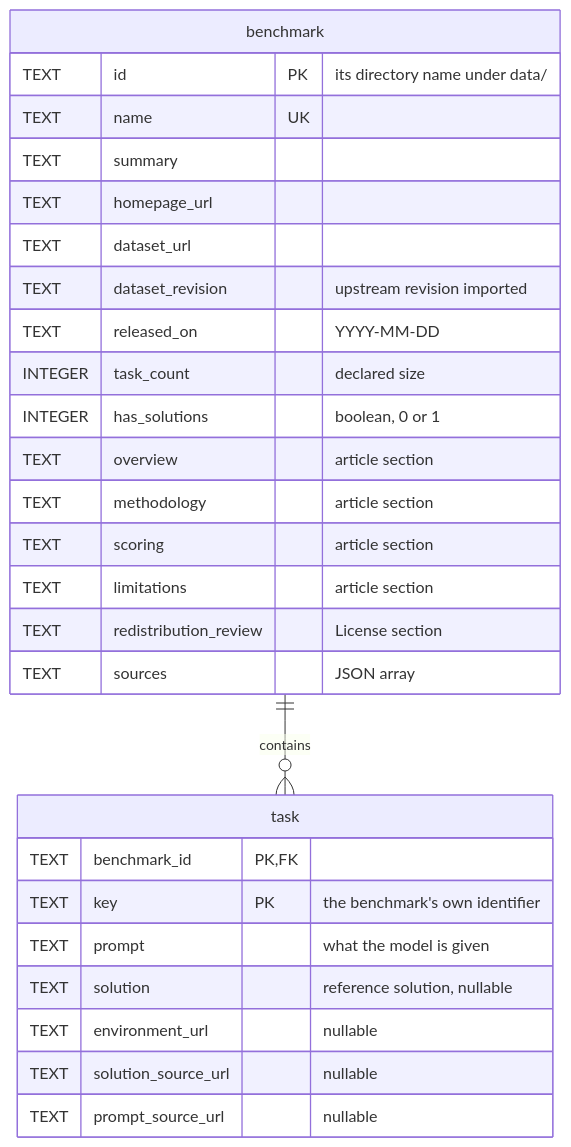
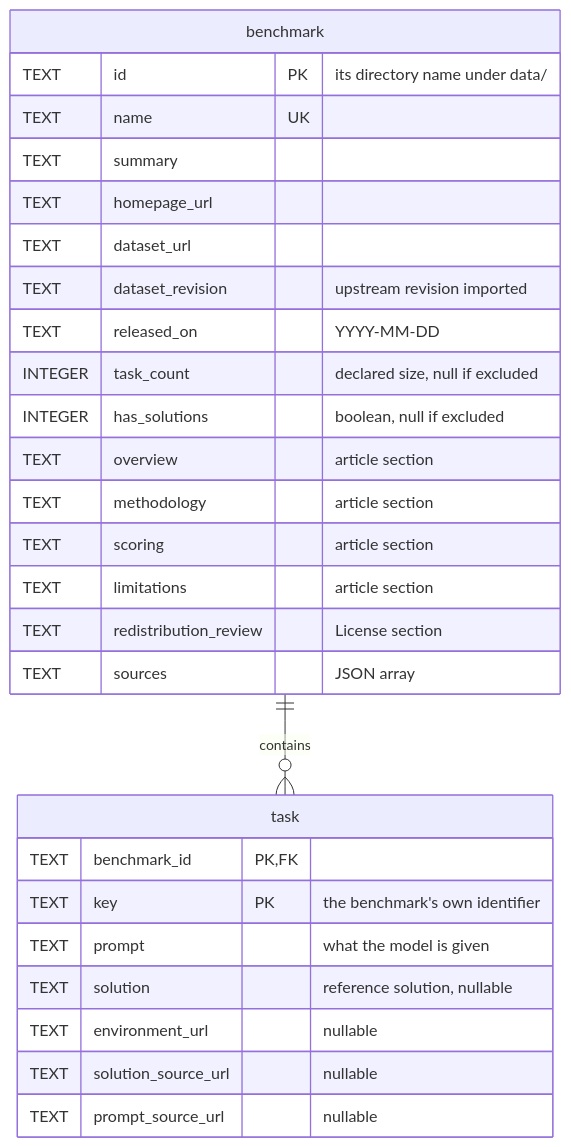
Before and after one commit to khooeee/benchopedia: the diagram in README.md, drawn with Mermaid. The commit also changed other lines of this file and 11 other files, not shown here.

````diff
--- a/README.md
+++ b/README.md
@@ -25,31 +25,31 @@
 ```mermaid
 erDiagram
     benchmark ||--o{ task : contains
 
     benchmark {
         TEXT id PK "its directory name under data/"
         TEXT name UK
         TEXT summary
         TEXT homepage_url
         TEXT dataset_url
         TEXT dataset_revision "upstream revision imported"
         TEXT released_on "YYYY-MM-DD"
-        INTEGER task_count "declared size"
-        INTEGER has_solutions "boolean, 0 or 1"
+        INTEGER task_count "declared size, null if excluded"
+        INTEGER has_solutions "boolean, null if excluded"
         TEXT overview "article section"
         TEXT methodology "article section"
         TEXT scoring "article section"
         TEXT limitations "article section"
         TEXT redistribution_review "License section"
         TEXT sources "JSON array"
     }
     task {
         TEXT benchmark_id PK, FK
         TEXT key PK "the benchmark's own identifier"
         TEXT prompt "what the model is given"
         TEXT solution "reference solution, nullable"
         TEXT environment_url "nullable"
         TEXT solution_source_url "nullable"
         TEXT prompt_source_url "nullable"
     }
 ```
````
